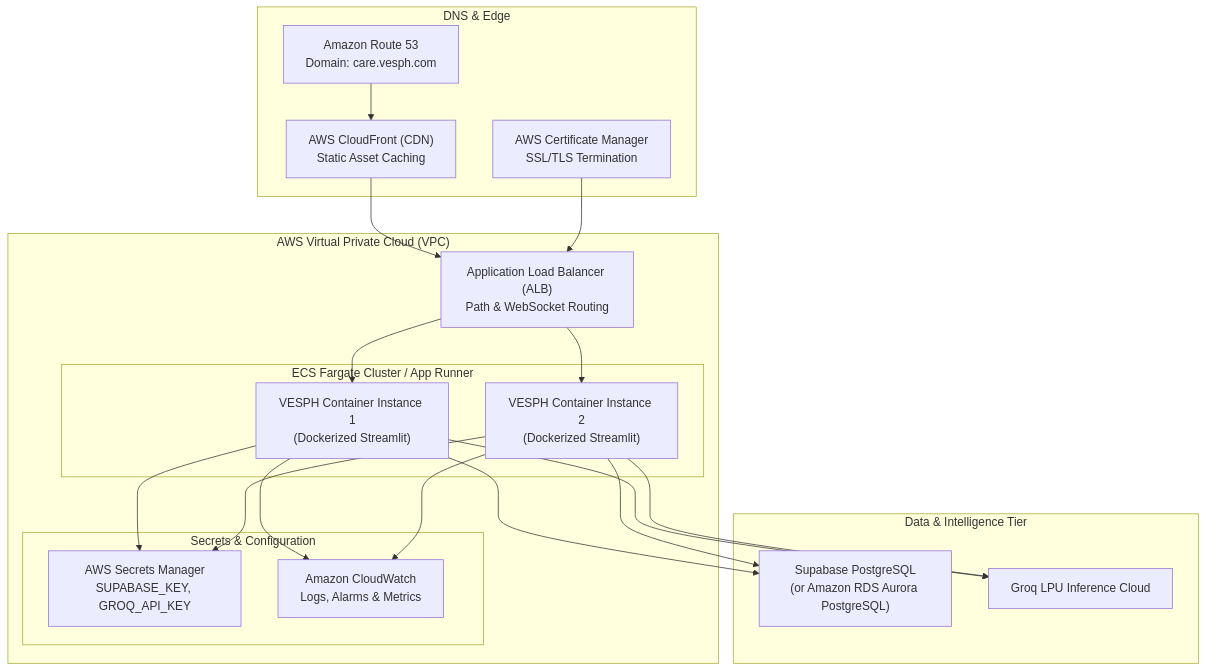
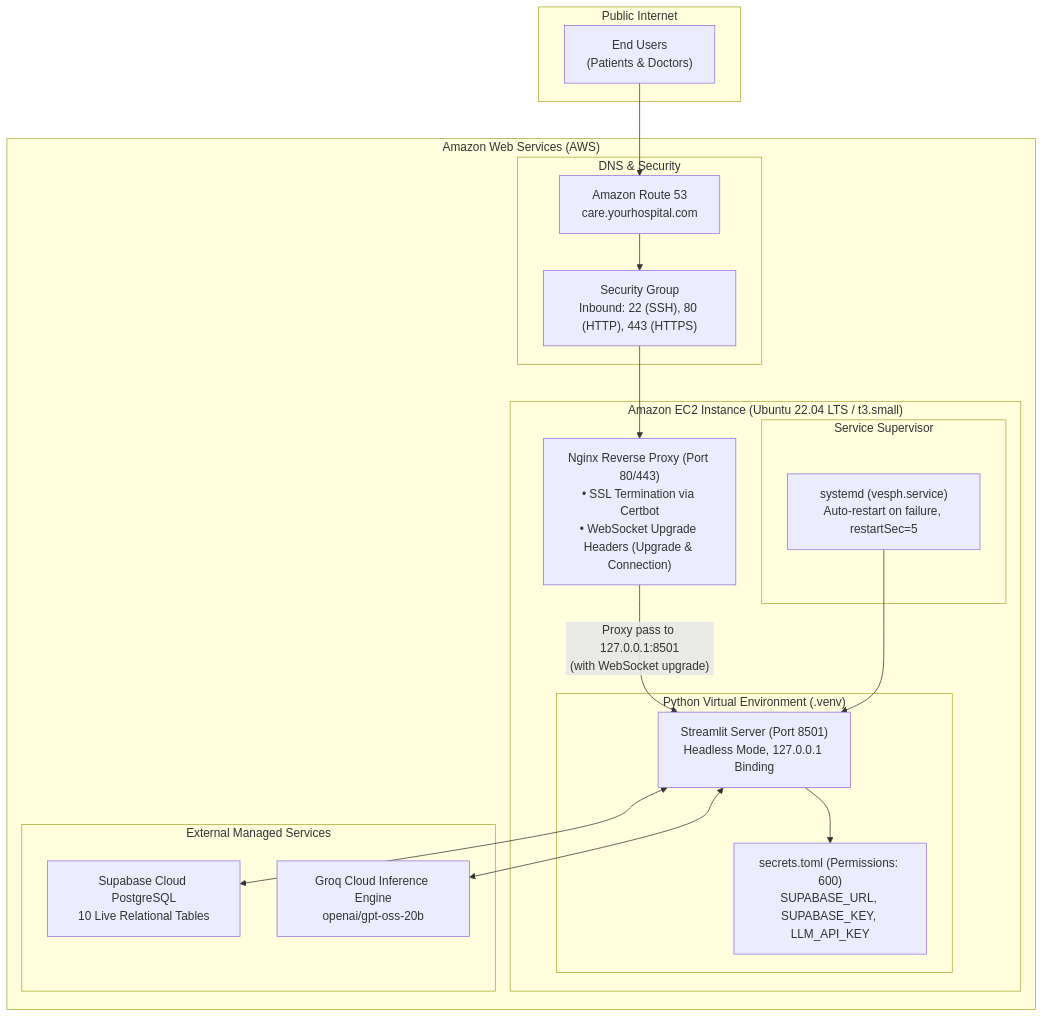
One commit to ervinseq13/VESPH changed the eighth of 8 diagrams in VESPH_Documentation.md. Above: the diagram before and after it, drawn with Mermaid. The commit also changed other lines of this file and 1 other file, not shown here.

Commit message:
docs: modernize README and VESPH_Documentation with full dual-portal architecture, EC2 deployment guide, and detailed flowcharts

````diff
--- a/VESPH_Documentation.md
+++ b/VESPH_Documentation.md
@@ -242,40 +404,40 @@
 ```mermaid
 flowchart TD
-    subgraph Route53["DNS & Edge"]
-        R53["Amazon Route 53<br/>Domain: care.vesph.com"]
-        CF["AWS CloudFront (CDN)<br/>Static Asset Caching"]
-        ACM["AWS Certificate Manager<br/>SSL/TLS Termination"]
+    subgraph Internet["Public Internet"]
+        User["End Users<br/>(Patients & Doctors)"]
     end
 
-    subgraph VPC["AWS Virtual Private Cloud (VPC)"]
-        ALB["Application Load Balancer (ALB)<br/>Path & WebSocket Routing"]
-        
-        subgraph ECSCluster["ECS Fargate Cluster / App Runner"]
-            Task1["VESPH Container Instance 1<br/>(Dockerized Streamlit)"]
-            Task2["VESPH Container Instance 2<br/>(Dockerized Streamlit)"]
+    subgraph AWS["Amazon Web Services (AWS)"]
+        subgraph Edge["DNS & Security"]
+            R53["Amazon Route 53<br/>care.yourhospital.com"]
+            SG["Security Group<br/>Inbound: 22 (SSH), 80 (HTTP), 443 (HTTPS)"]
         end
 
-        subgraph Security["Secrets & Configuration"]
-            SM["AWS Secrets Manager<br/>SUPABASE_KEY, GROQ_API_KEY"]
-            CW["Amazon CloudWatch<br/>Logs, Alarms & Metrics"]
+        subgraph EC2["Amazon EC2 Instance (Ubuntu 22.04 LTS / t3.small)"]
+            Nginx["Nginx Reverse Proxy (Port 80/443)<br/>• SSL Termination via Certbot<br/>• WebSocket Upgrade Headers (Upgrade & Connection)"]
+            
+            subgraph Daemon["Service Supervisor"]
+                Sysd["systemd (vesph.service)<br/>Auto-restart on failure, restartSec=5"]
+            end
+
+            subgraph StreamlitApp["Python Virtual Environment (.venv)"]
+                App["Streamlit Server (Port 8501)<br/>Headless Mode, 127.0.0.1 Binding"]
+                Sec["secrets.toml (Permissions: 600)<br/>SUPABASE_URL, SUPABASE_KEY, LLM_API_KEY"]
+            end
+        end
+
+        subgraph CloudStorage["External Managed Services"]
+            SupaPostgres["Supabase Cloud PostgreSQL<br/>10 Live Relational Tables"]
+            GroqLPU["Groq Cloud Inference Engine<br/>openai/gpt-oss-20b"]
         end
     end
 
-    subgraph DataTier["Data & Intelligence Tier"]
-        SupaDB["Supabase PostgreSQL<br/>(or Amazon RDS Aurora PostgreSQL)"]
-        GroqAPI["Groq LPU Inference Cloud"]
-    end
-
-    R53 --> CF --> ALB
-    ACM --> ALB
-    ALB --> Task1
-    ALB --> Task2
-    Task1 --> SM
-    Task2 --> SM
-    Task1 --> CW
-    Task2 --> CW
-    Task1 --> SupaDB
-    Task2 --> SupaDB
-    Task1 --> GroqAPI
-    Task2 --> GroqAPI
+    User --> R53
+    R53 --> SG
+    SG --> Nginx
+    Nginx -- "Proxy pass to 127.0.0.1:8501<br/>(with WebSocket upgrade)" --> App
+    Sysd --> App
+    App --> Sec
+    App <--> SupaPostgres
+    App <--> GroqLPU
 ```
````
